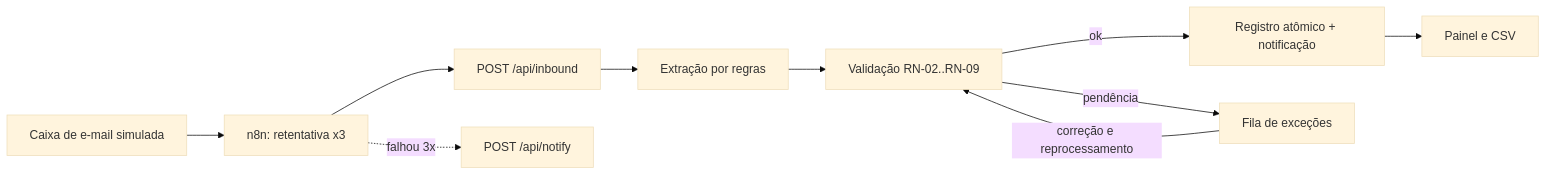
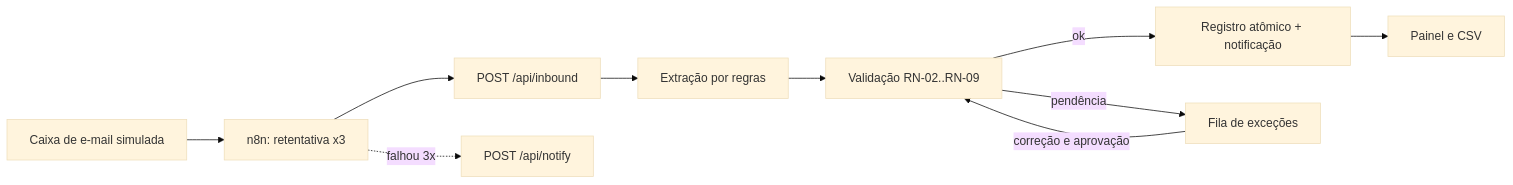
The diagram in README.md (Joaogabrielmaia/End-to-end-process-automation), drawn with Mermaid (base theme) before and after one commit. The commit also changed other lines of this file and 4 other files, not shown here.

````diff
--- a/README.md
+++ b/README.md
@@ -38,12 +44,12 @@
 ```mermaid
 flowchart LR
   C[Caixa de e-mail simulada] --> N8[n8n: retentativa x3]
   N8 --> API["POST /api/inbound"]
   API --> X[Extração por regras]
   X --> V[Validação RN-02..RN-09]
   V -->|ok| R[Registro atômico + notificação]
   V -->|pendência| E[Fila de exceções]
-  E -->|correção e reprocessamento| V
+  E -->|correção e aprovação| V
   N8 -.->|falhou 3x| AL["POST /api/notify"]
   R --> P[Painel e CSV]
 ```
````
